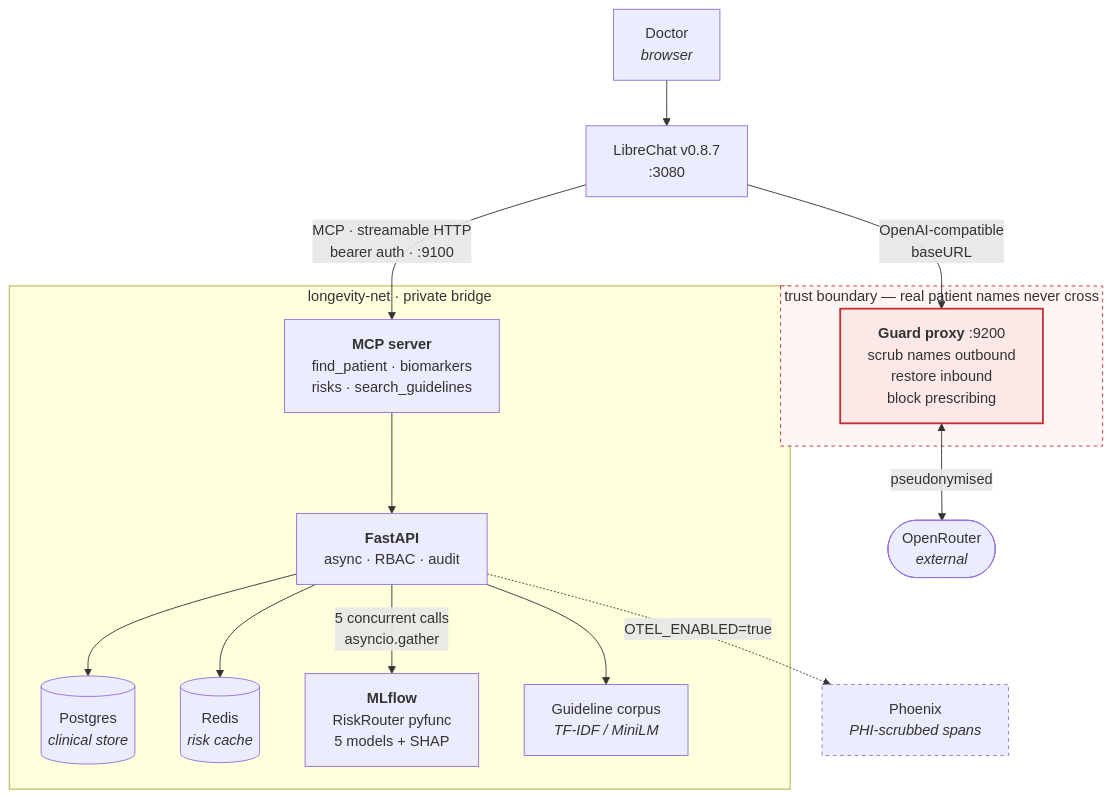
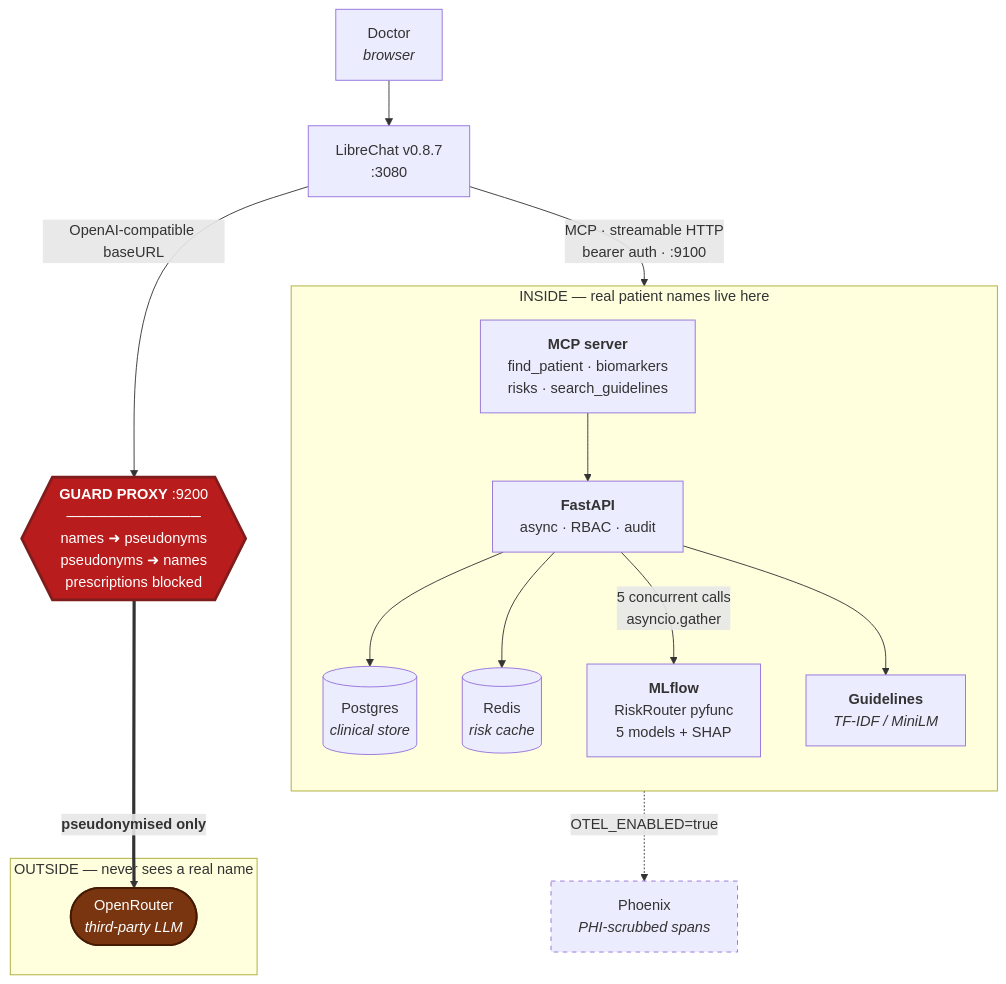
Before and after one commit to nissimrencohen/longevity-ai-clinical-assistant: the diagram in SOLUTION.md, drawn with Mermaid. The commit also changed other lines of this file and 3 other files, not shown here.

````diff
--- a/SOLUTION.md
+++ b/SOLUTION.md
@@ -76,33 +83,41 @@
 ```mermaid
 flowchart TB
     doc["Doctor<br/><i>browser</i>"] --> lc["LibreChat v0.8.7<br/>:3080"]
 
-    lc -->|"OpenAI-compatible<br/>baseURL"| guard
     lc -->|"MCP · streamable HTTP<br/>bearer auth · :9100"| mcp
+    lc -->|"OpenAI-compatible baseURL"| guard
 
-    subgraph boundary["trust boundary — real patient names never cross"]
-        guard["<b>Guard proxy</b> :9200<br/>scrub names outbound<br/>restore inbound<br/>block prescribing"]
-    end
-
-    guard <-->|"pseudonymised"| or(["OpenRouter<br/><i>external</i>"])
-
-    subgraph net["longevity-net · private bridge"]
+    subgraph inside["INSIDE — real patient names live here"]
+        direction TB
         mcp["<b>MCP server</b><br/>find_patient · biomarkers<br/>risks · search_guidelines"]
         api["<b>FastAPI</b><br/>async · RBAC · audit"]
         pg[("Postgres<br/><i>clinical store</i>")]
         rd[("Redis<br/><i>risk cache</i>")]
         ml["<b>MLflow</b><br/>RiskRouter pyfunc<br/>5 models + SHAP"]
-        rag["Guideline corpus<br/><i>TF-IDF / MiniLM</i>"]
+        rag["<b>Guidelines</b><br/><i>TF-IDF / MiniLM</i>"]
+        mcp --> api
+        api --> pg
+        api --> rd
+        api -->|"5 concurrent calls<br/>asyncio.gather"| ml
+        api --> rag
     end
 
-    mcp --> api
-    api --> pg
-    api --> rd
-    api -->|"5 concurrent calls<br/>asyncio.gather"| ml
-    api --> rag
-    api -.->|"OTEL_ENABLED=true"| px["Phoenix<br/><i>PHI-scrubbed spans</i>"]
+    guard{{"<b>GUARD PROXY</b> :9200<br/>─────────────<br/>names ➜ pseudonyms<br/>pseudonyms ➜ names<br/>prescriptions blocked"}}
 
-    style guard fill:#fde8e8,stroke:#c53030,stroke-width:2px
-    style boundary fill:#fff5f5,stroke:#c53030,stroke-dasharray: 4 4
-    style px stroke-dasharray: 4 4
+    guard ==>|"<b>pseudonymised only</b>"| or
+    api -.->|"OTEL_ENABLED=true"| px
+
+    subgraph outside["OUTSIDE — never sees a real name"]
+        or(["OpenRouter<br/><i>third-party LLM</i>"])
+    end
+
+    px["Phoenix<br/><i>PHI-scrubbed spans</i>"]
+
+    classDef guardStyle fill:#b91c1c,stroke:#7f1d1d,stroke-width:3px,color:#ffffff
+    classDef extStyle fill:#78350f,stroke:#451a03,stroke-width:2px,color:#ffffff
+    classDef optStyle stroke-dasharray:5 5
+
+    class guard guardStyle
+    class or extStyle
+    class px optStyle
 ```
````
